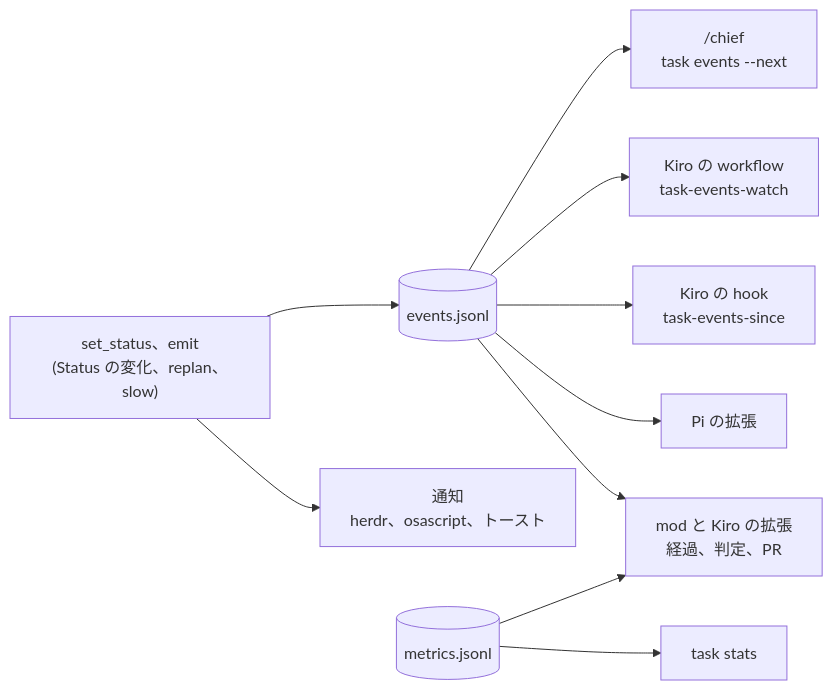
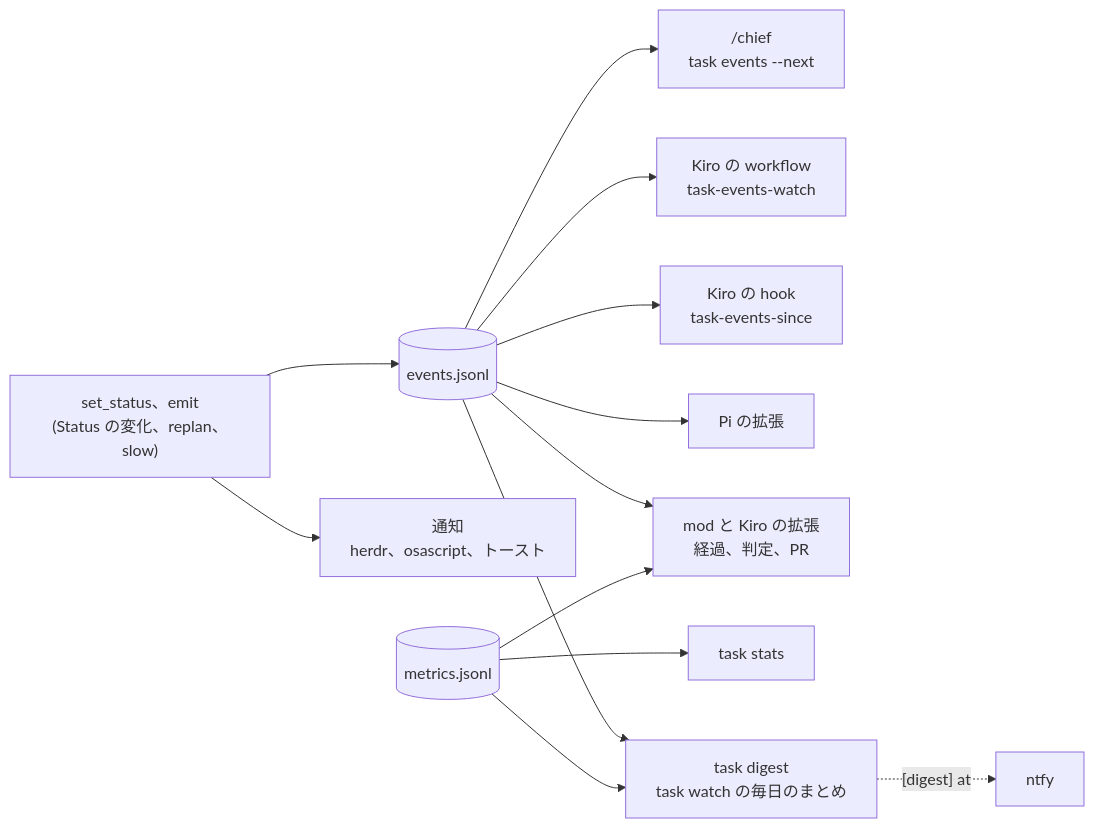
The fourth of 6 diagrams in docs/architecture/hld.md (jyoka/task-hub), drawn with Mermaid before and after one commit. The commit also changed 7 other files, not shown here.

Commit message:
task 8: Self-hosted dev assistant (6/6): daily digest

````diff
--- a/docs/architecture/hld.md
+++ b/docs/architecture/hld.md
@@ -161,12 +161,15 @@
 ```mermaid
 flowchart LR
     setstatus["set_status、emit<br/>(Status の変化、replan、slow)"] --> events[("events.jsonl")]
     setstatus --> note["通知<br/>herdr、osascript、トースト"]
     events --> chief["/chief<br/>task events --next"]
     events --> kwf["Kiro の workflow<br/>task-events-watch"]
     events --> khook["Kiro の hook<br/>task-events-since"]
     events --> pi["Pi の拡張"]
     events --> mod["mod と Kiro の拡張<br/>経過、判定、PR"]
     metrics[("metrics.jsonl")] --> stats["task stats"]
     metrics --> mod
+    events --> digest["task digest<br/>task watch の毎日のまとめ"]
+    metrics --> digest
+    digest -. "[digest] at" .-> ntfy["ntfy"]
 ```
````
